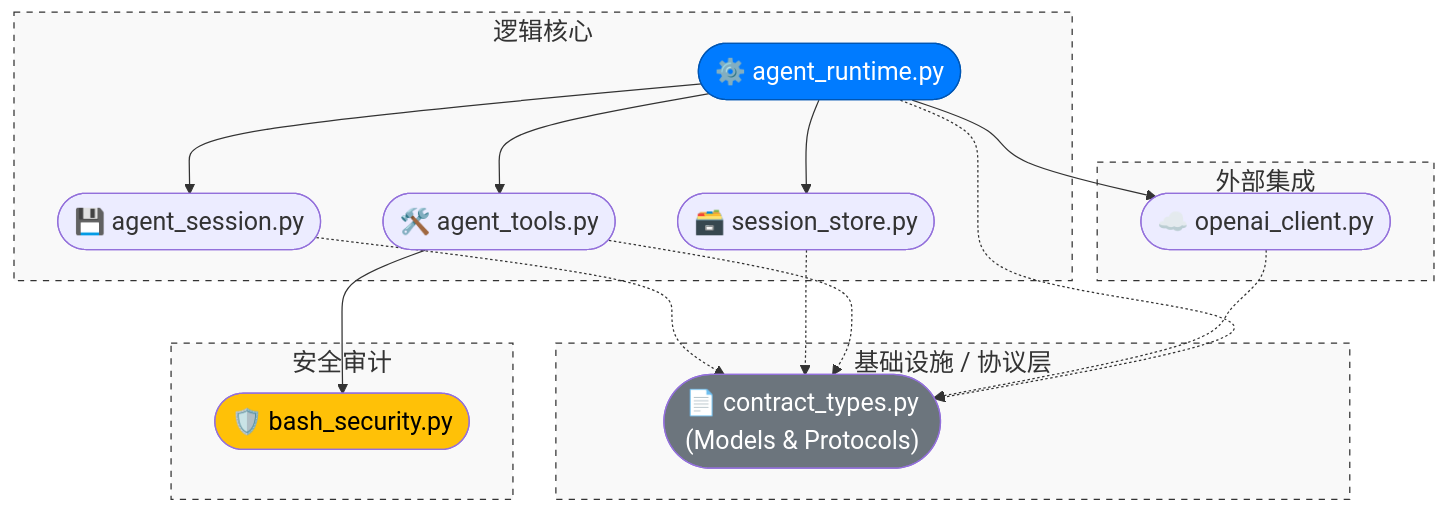
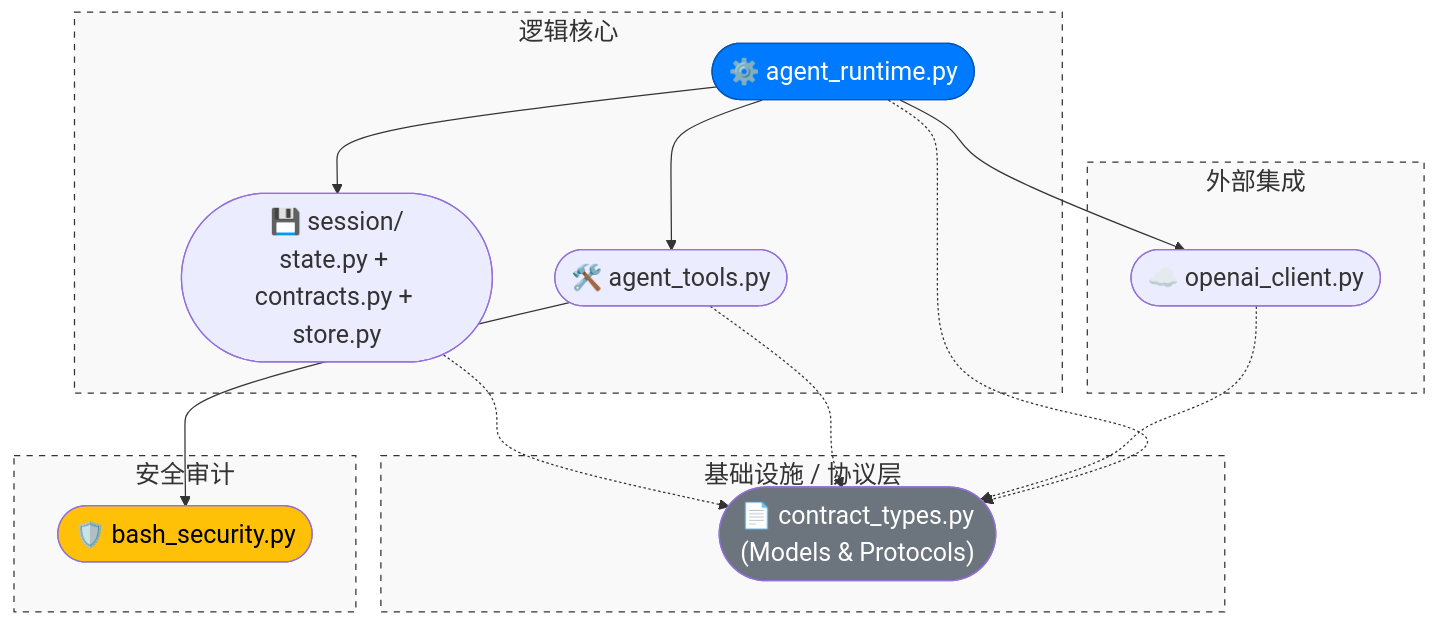
Before and after one commit to WenXingming/ClawCodeAgent: the diagram in docs/Architecture.md, drawn with Mermaid. The commit also changed other lines of this file and 14 other files, not shown here.

````diff
--- a/docs/Architecture.md
+++ b/docs/Architecture.md
@@ -11,61 +11,58 @@
 ```mermaid
 %%{init: {
     "theme": "default",
     "themeVariables": {
         "fontFamily": "Times New Roman",
         "fontSize": "20px"
     },
     "flowchart": {
         "curve": "basis" 
     }
 }}%%
 
 graph TD
     %% 全局样式设置
     accTitle: Agent System Architecture
     accDescr: A diagram showing the module dependencies of an AI agent system.
 
     %% 模块分组
     subgraph Infrastructure [基础设施 / 协议层]
         n_contract(["📄 contract_types.py<br/>(Models & Protocols)"])
         style Infrastructure fill:#f9f9f9,stroke:#333,stroke-dasharray: 5 5
     end
 
     subgraph Security [安全审计]
         n_bash_security(["🛡️ bash_security.py"])
         style Security fill:#f9f9f9,stroke:#333,stroke-dasharray: 5 5
     end
 
     subgraph External [外部集成]
         n_openai(["☁️ openai_client.py"])
         style External fill:#f9f9f9,stroke:#333,stroke-dasharray: 5 5
     end
 
     subgraph Core [逻辑核心]
         n_runtime(["⚙️ agent_runtime.py"])
-        n_session(["💾 agent_session.py"])
-        n_session_store(["🗃️ session_store.py"])
+        n_session_pkg(["💾 session/<br/>state.py + contracts.py + store.py"])
         n_tools(["🛠️ agent_tools.py"])
         style Core fill:#f9f9f9,stroke:#333,stroke-dasharray: 5 5
     end
 
     %% 业务逻辑依赖 (实线)
-    n_runtime --> n_session
-    n_runtime --> n_session_store
+    n_runtime --> n_session_pkg
     n_runtime --> n_tools
     n_runtime --> n_openai
     
     n_tools --> n_bash_security
     
     %% 数据协议依赖 (虚线，避免视觉干扰)
-    n_session -.-> n_contract
-    n_session_store -.-> n_contract
+    n_session_pkg -.-> n_contract
     n_tools -.-> n_contract
     n_openai -.-> n_contract
     n_runtime -.-> n_contract
 
     %% 自定义节点颜色 (继承你原有的配色)
     style n_runtime fill:#007bff,color:#fff,stroke:#0056b3
     style n_contract fill:#6c757d,color:#fff
     style n_bash_security fill:#ffc107,color:#000
 ```
````
